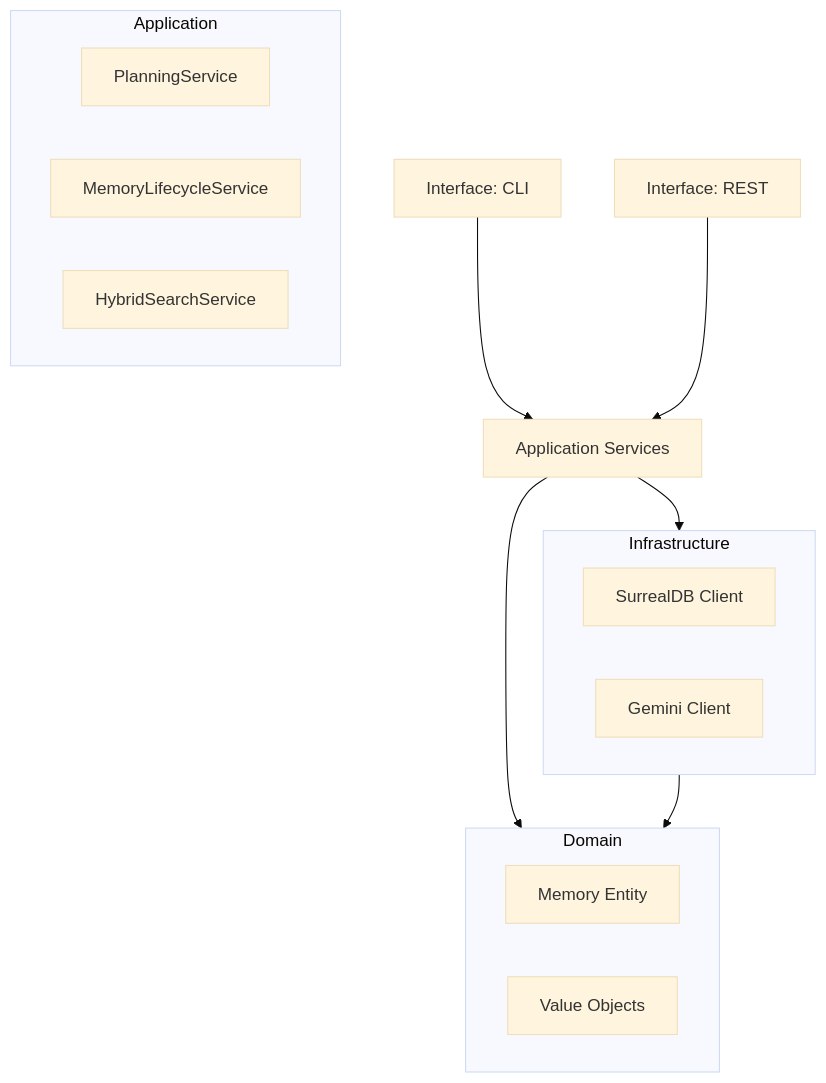
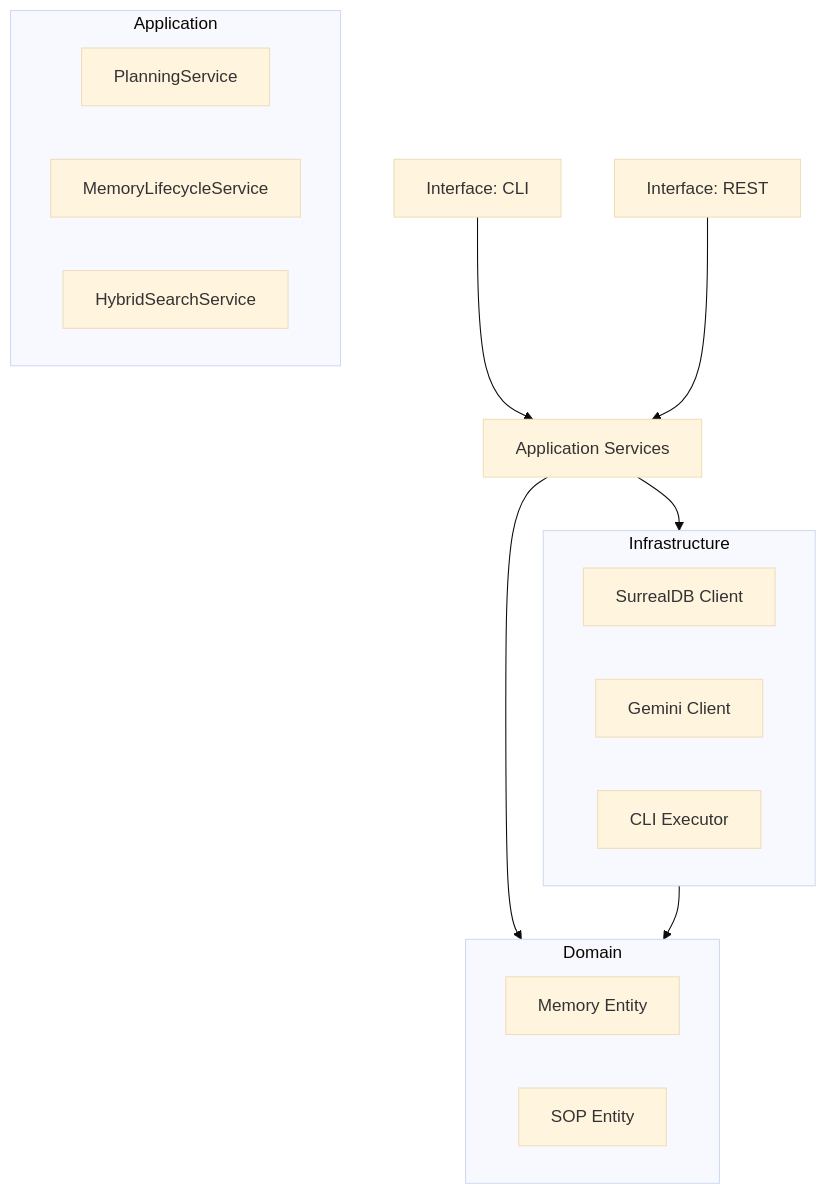
The diagram in docs/03-architecture.md (yuichiinumaru/khala-agentmemory), drawn with Mermaid (base theme) before and after one commit. The commit also changed other lines of this file and 68 other files, not shown here.

````diff
--- a/docs/03-architecture.md
+++ b/docs/03-architecture.md
@@ -55,25 +60,26 @@
 ```mermaid
 graph TD
     CLI[Interface: CLI] --> App[Application Services]
     API[Interface: REST] --> App
 
     subgraph Application
         Plan[PlanningService]
         Life[MemoryLifecycleService]
         Search[HybridSearchService]
     end
 
     subgraph Domain
         Mem[Memory Entity]
-        Val[Value Objects]
+        SOP[SOP Entity]
     end
 
     subgraph Infrastructure
         Surreal[SurrealDB Client]
         Gemini[Gemini Client]
+        Exec[CLI Executor]
     end
 
     App --> Domain
     App --> Infrastructure
     Infrastructure --> Domain
 ```
````
